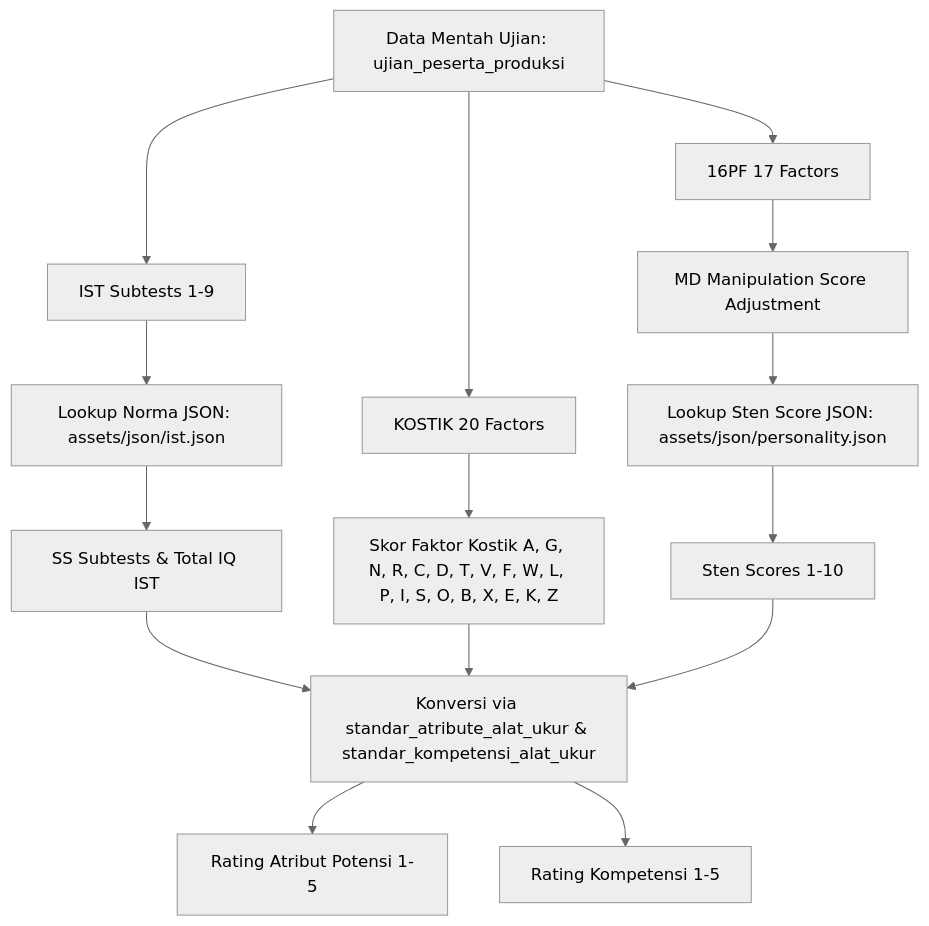
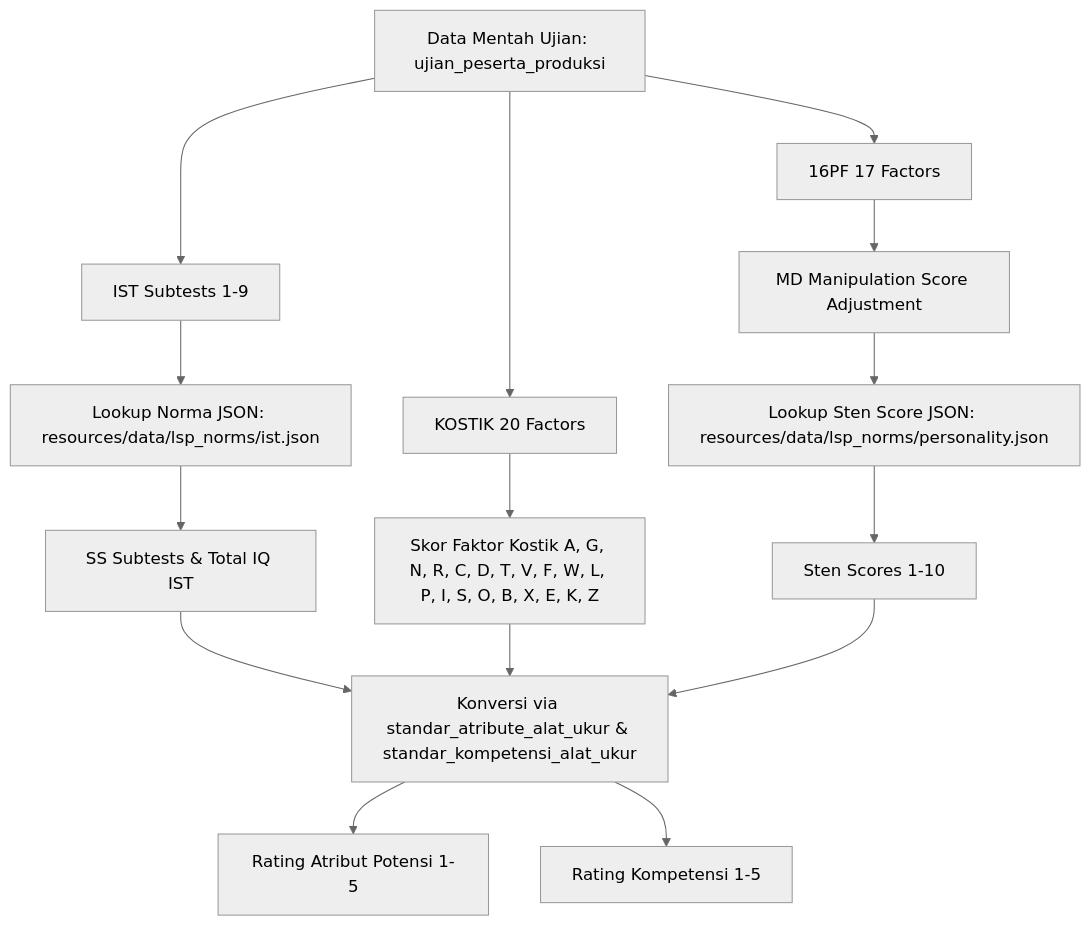
Before and after one commit to RnDQuantum/spsp_new: the diagram in docs/lsp_integration/01_LEGACY_VIEW_ANALYSIS.md, drawn with Mermaid (neutral theme). The commit also changed other lines of this file and 7 other files, not shown here.

````diff
--- a/docs/lsp_integration/01_LEGACY_VIEW_ANALYSIS.md
+++ b/docs/lsp_integration/01_LEGACY_VIEW_ANALYSIS.md
@@ -51,22 +68,22 @@
 ```mermaid
 flowchart TD
     A[Data Mentah Ujian: ujian_peserta_produksi] --> B[IST Subtests 1-9]
     A --> C[KOSTIK 20 Factors]
     A --> D[16PF 17 Factors]
 
-    B --> B1[Lookup Norma JSON: assets/json/ist.json]
+    B --> B1[Lookup Norma JSON: resources/data/lsp_norms/ist.json]
     B1 --> B2[SS Subtests & Total IQ IST]
 
     C --> C1[Skor Faktor Kostik A, G, N, R, C, D, T, V, F, W, L, P, I, S, O, B, X, E, K, Z]
 
     D --> D1[MD Manipulation Score Adjustment]
-    D1 --> D2[Lookup Sten Score JSON: assets/json/personality.json]
+    D1 --> D2[Lookup Sten Score JSON: resources/data/lsp_norms/personality.json]
     D2 --> D3[Sten Scores 1-10]
 
     B2 --> E[Konversi via standar_atribute_alat_ukur & standar_kompetensi_alat_ukur]
     C1 --> E
     D3 --> E
 
     E --> F[Rating Atribut Potensi 1-5]
     E --> G[Rating Kompetensi 1-5]
 ```
````
